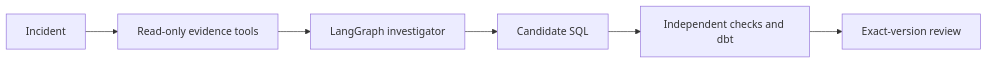
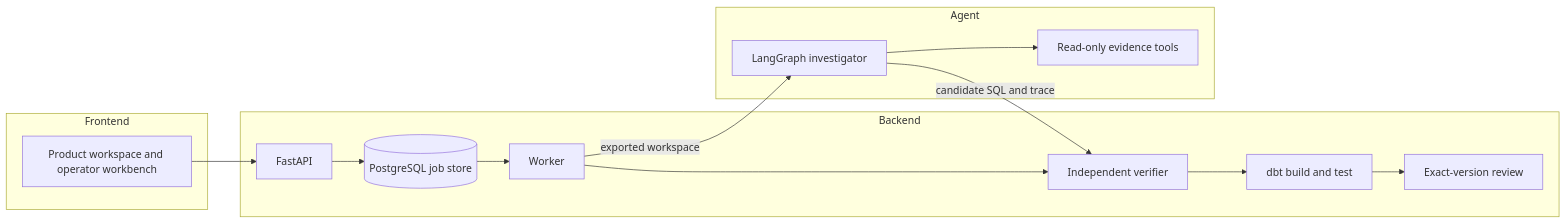
The diagram in README.md (Akhilesh-Vangala/sqlarbiter), drawn with Mermaid before and after one commit. The commit also changed other lines of this file and 2 other files, not shown here.

````diff
--- a/README.md
+++ b/README.md
@@ -13,8 +9,19 @@
 ```mermaid
 flowchart LR
-  Incident --> Evidence[Read-only evidence tools]
-  Evidence --> Agent[LangGraph investigator]
-  Agent --> SQL[Candidate SQL]
-  SQL --> Verify[Independent checks and dbt]
-  Verify --> Review[Exact-version review]
+  subgraph Frontend
+    UI[Product workspace and operator workbench]
+  end
+  subgraph Backend
+    API[FastAPI] --> Queue[(PostgreSQL job store)]
+    Queue --> Worker[Worker]
+    Worker --> Verifier[Independent verifier]
+    Verifier --> DBT[dbt build and test]
+    DBT --> Review[Exact-version review]
+  end
+  subgraph Agent
+    Graph[LangGraph investigator] --> Tools[Read-only evidence tools]
+  end
+  UI --> API
+  Worker -->|exported workspace| Graph
+  Graph -->|candidate SQL and trace| Verifier
 ```
````
